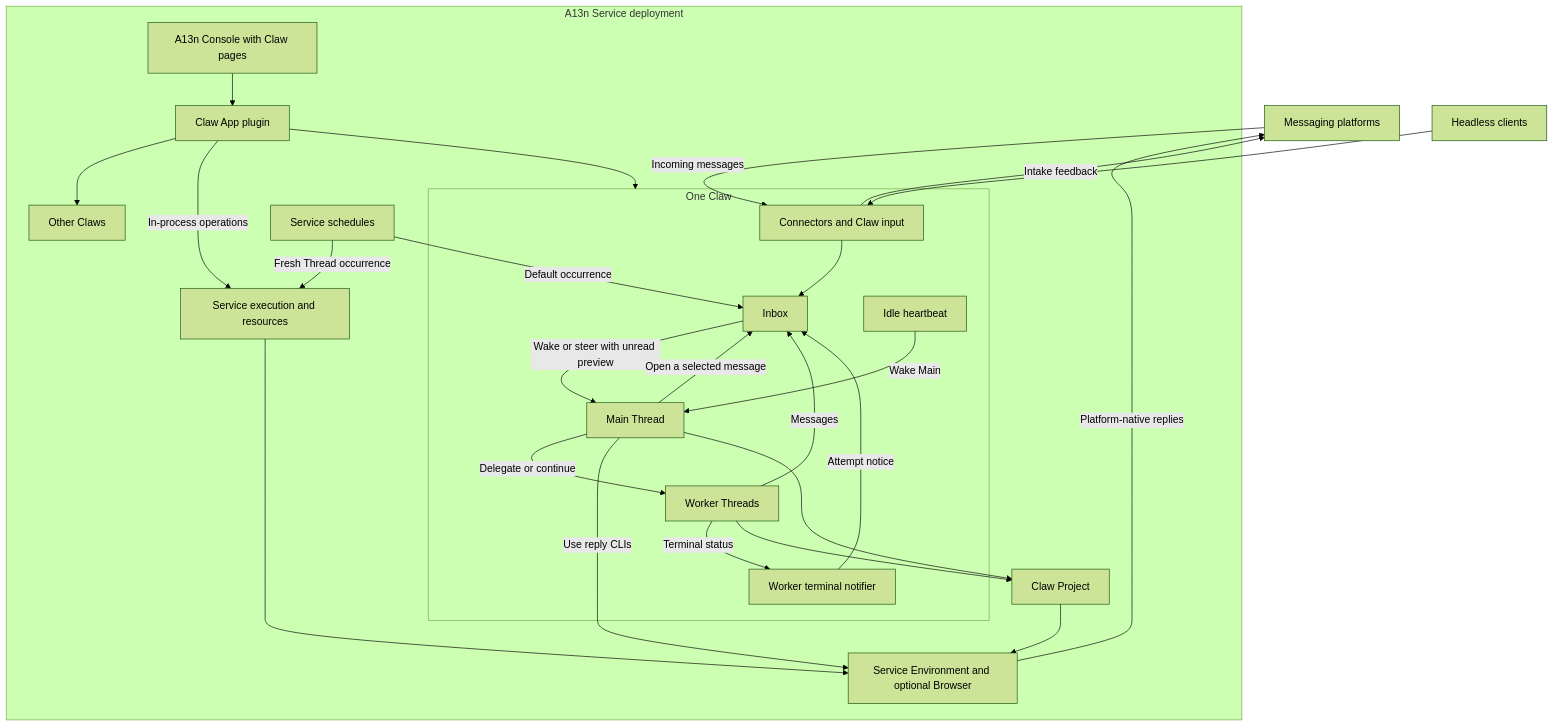
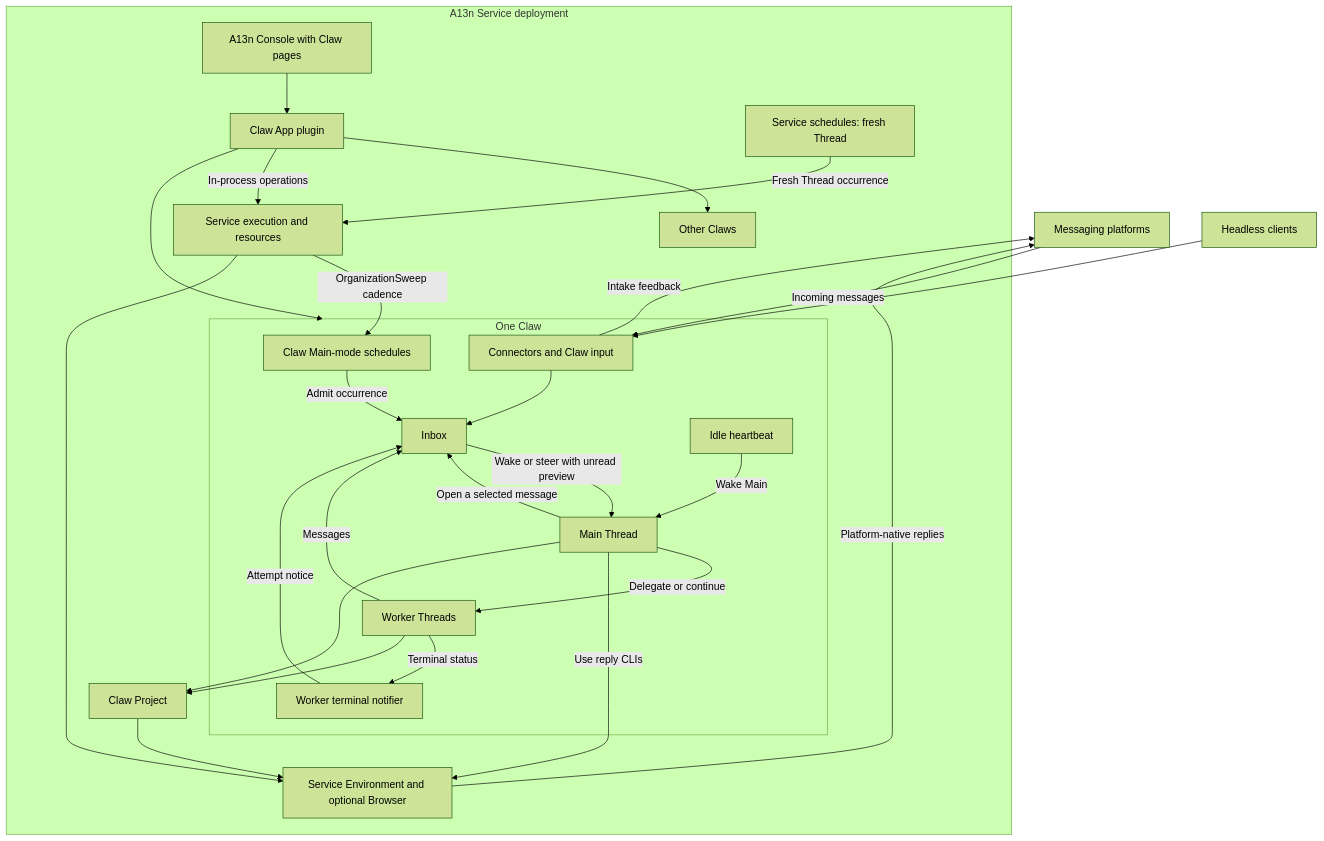
Before and after one commit to Wh1isper/a13n-claw: the first of 2 diagrams in spec/00-overview.md, drawn with Mermaid (forest theme). The commit also changed other lines of this file and 3 other files, not shown here.

First line of the commit message:
docs(spec): keep Main Inbox schedules in Claw

````diff
--- a/spec/00-overview.md
+++ b/spec/00-overview.md
@@ -11,45 +11,47 @@
 ```mermaid
 flowchart TB
     Platforms[Messaging platforms]
     Clients[Headless clients]
     subgraph Deployment[A13n Service deployment]
         Console[A13n Console with Claw pages]
         App[Claw App plugin]
         subgraph A[One Claw]
             Connector[Connectors and Claw input]
             Inbox[Inbox]
             Main[Main Thread]
             Workers[Worker Threads]
             Notices[Worker terminal notifier]
             Heartbeat[Idle heartbeat]
+            ClawSchedule[Claw Main-mode schedules]
             Connector --> Inbox
             Inbox -->|Wake or steer with unread preview| Main
             Main -->|Open a selected message| Inbox
             Main -->|Delegate or continue| Workers
             Workers -->|Messages| Inbox
             Workers -->|Terminal status| Notices
             Notices -->|Attempt notice| Inbox
             Heartbeat -->|Wake Main| Main
+            ClawSchedule -->|Admit occurrence| Inbox
         end
         B[Other Claws]
         Service[Service execution and resources]
-        Scheduler[Service schedules]
+        Scheduler[Service schedules: fresh Thread]
         Project[Claw Project]
         Work[Service Environment and optional Browser]
         Console --> App
         App --> A
         App --> B
         App -->|In-process operations| Service
-        Scheduler -->|Default occurrence| Inbox
+        Service -->|OrganizationSweep cadence| ClawSchedule
         Scheduler -->|Fresh Thread occurrence| Service
         Main -->|Use reply CLIs| Work
         Main --> Project
         Workers --> Project
         Project --> Work
         Service --> Work
     end
     Platforms -->|Incoming messages| Connector
     Connector -->|Intake feedback| Platforms
     Work -->|Platform-native replies| Platforms
     Clients --> Connector
 ```
````
